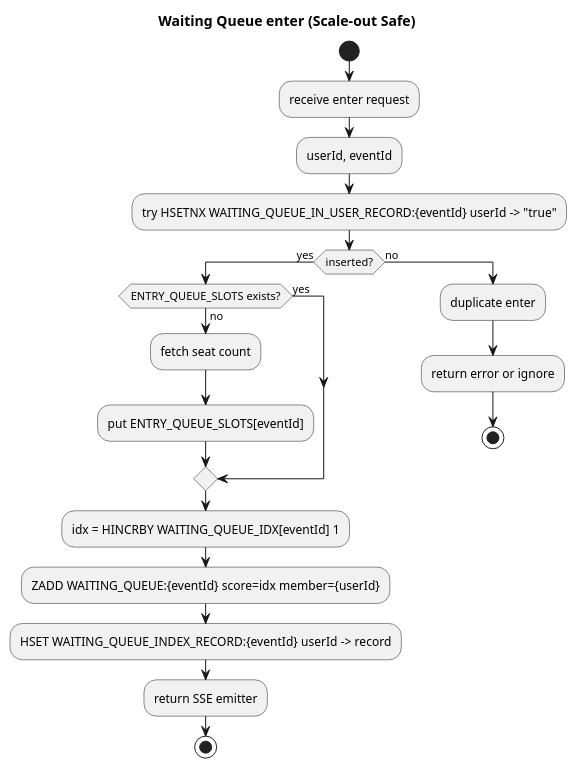
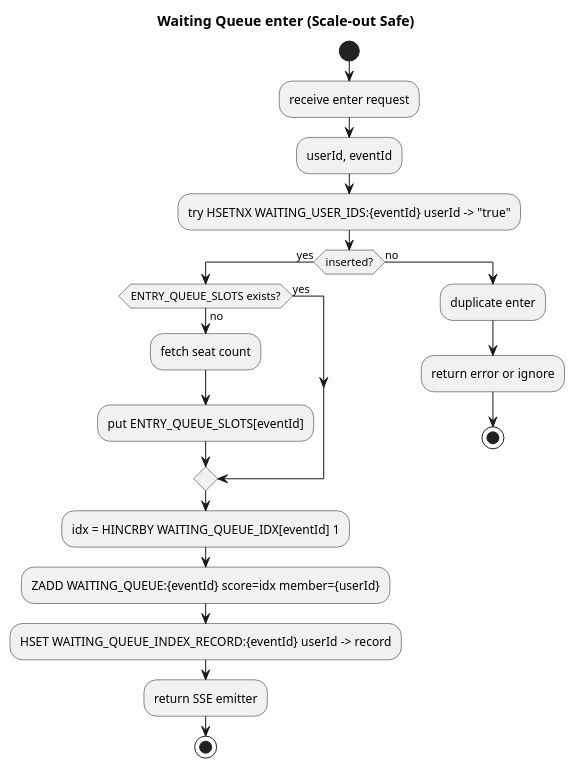
One commit to omegafrog/ticketon-DDD changed the diagram in docs/troubleshooting/waiting-queue-in-user-record.md. Above: the diagram before and after it, drawn with PlantUML. The commit also changed other lines of this file and 103 other files, not shown here.

````diff
--- a/docs/troubleshooting/waiting-queue-in-user-record.md
+++ b/docs/troubleshooting/waiting-queue-in-user-record.md
@@ -36,29 +34,29 @@
 ```plantuml
 @startuml
 title Waiting Queue enter (Scale-out Safe)
 
 start
 :receive enter request;
 :userId, eventId;
 
-:try HSETNX WAITING_QUEUE_IN_USER_RECORD:{eventId} userId -> "true";
+:try HSETNX WAITING_USER_IDS:{eventId} userId -> "true";
 if (inserted?) then (yes)
   if (ENTRY_QUEUE_SLOTS exists?) then (yes)
   else (no)
     :fetch seat count;
     :put ENTRY_QUEUE_SLOTS[eventId];
   endif
 
   :idx = HINCRBY WAITING_QUEUE_IDX[eventId] 1;
   :ZADD WAITING_QUEUE:{eventId} score=idx member={userId};
   :HSET WAITING_QUEUE_INDEX_RECORD:{eventId} userId -> record;
   :return SSE emitter;
   stop
 else (no)
   :duplicate enter;
   :return error or ignore;
   stop
 endif
 
 @enduml
 ```
````
